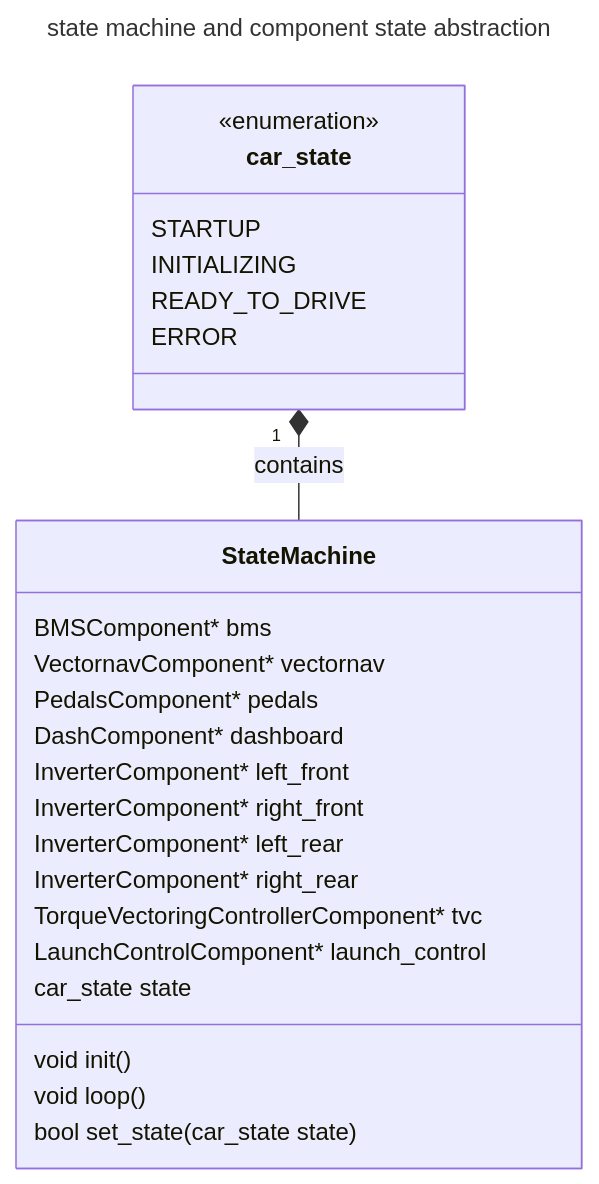
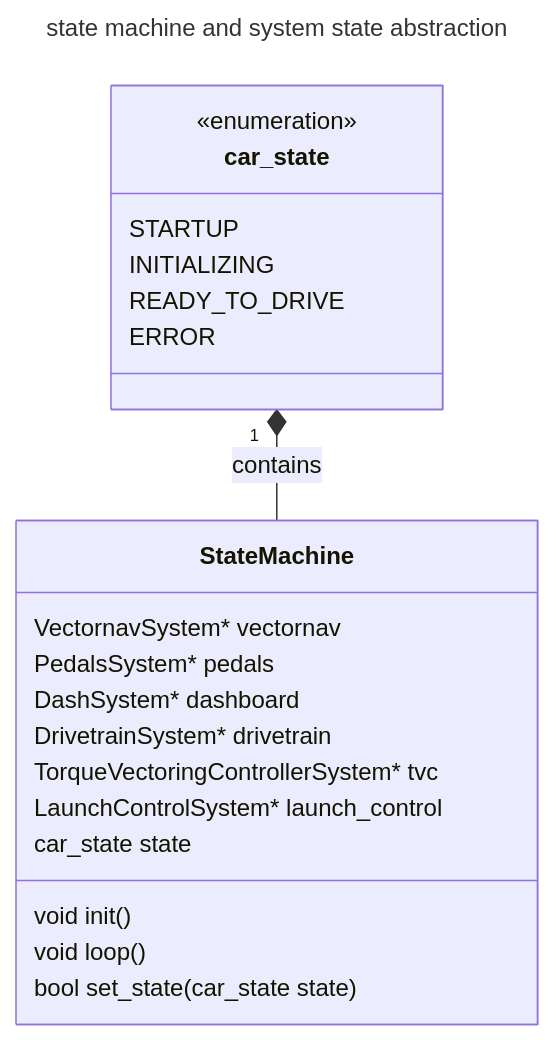
The first of 4 diagrams in README.md (hytech-racing/MCU), drawn with Mermaid before and after one commit. The commit also changed other lines of this file and 2 other files, not shown here.

````diff
--- a/README.md
+++ b/README.md
@@ -46,40 +26,37 @@
 ```mermaid
 ---
-title: state machine and component state abstraction
+title: state machine and system state abstraction
 ---
 classDiagram
 
     
     class car_state{
         <<enumeration>>
         STARTUP
         INITIALIZING 
         READY_TO_DRIVE
         ERROR
     }
     class StateMachine {
         
-        BMSComponent* bms
-        VectornavComponent* vectornav
-        PedalsComponent* pedals
-        DashComponent* dashboard
+        
+        VectornavSystem* vectornav
+        PedalsSystem* pedals
+        DashSystem* dashboard
 
 
-        InverterComponent* left_front
-        InverterComponent* right_front
-        InverterComponent* left_rear
-        InverterComponent* right_rear
+        DrivetrainSystem* drivetrain
 
-        TorqueVectoringControllerComponent* tvc
-        LaunchControlComponent* launch_control
+        TorqueVectoringControllerSystem* tvc
+        LaunchControlSystem* launch_control
 
         car_state state
         void init()
         void loop()
         bool set_state(car_state state)
     }
     
 
     car_state "1" *-- StateMachine : contains
 
 ```
````
